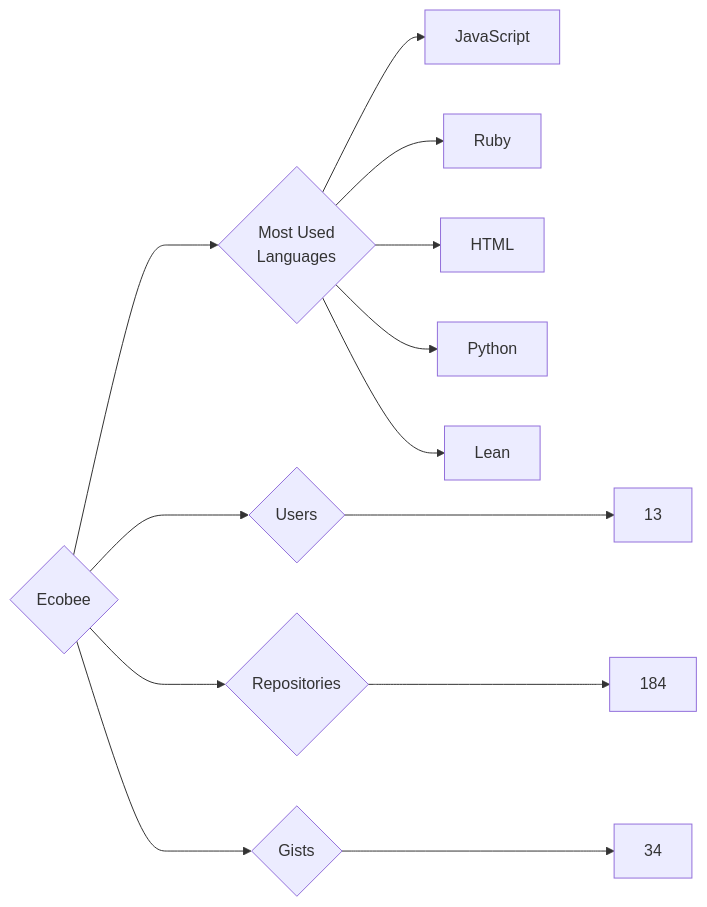
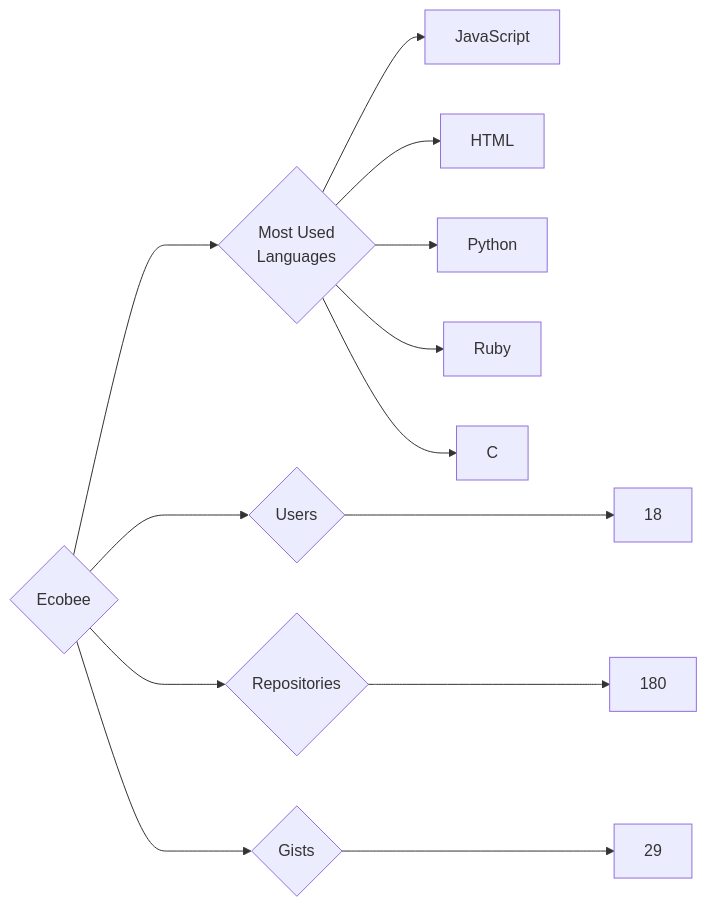
One commit to trickest/insiders changed the diagram in targets/Ecobee/README.md. Above: the diagram before and after it, drawn with Mermaid. The commit also changed 715 other files, not shown here.

````diff
--- a/targets/Ecobee/README.md
+++ b/targets/Ecobee/README.md
@@ -3,13 +3,13 @@
 ```mermaid
 graph LR
 COMPANY_NAME{Ecobee}
-COMPANY_NAME ---> U{Users} ---> UN[13]
-COMPANY_NAME ---> R{Repositories} ---> RN[184]
-COMPANY_NAME ---> G{Gists} ---> GN[34]
+COMPANY_NAME ---> U{Users} ---> UN[18]
+COMPANY_NAME ---> R{Repositories} ---> RN[180]
+COMPANY_NAME ---> G{Gists} ---> GN[29]
 COMPANY_NAME ---> ML{Most Used<br>Languages}
 ML --> JavaScript[JavaScript]
-ML --> Ruby[Ruby]
 ML --> HTML[HTML]
 ML --> Python[Python]
-ML --> Lean[Lean]
+ML --> Ruby[Ruby]
+ML --> C[C]
 ```
````
